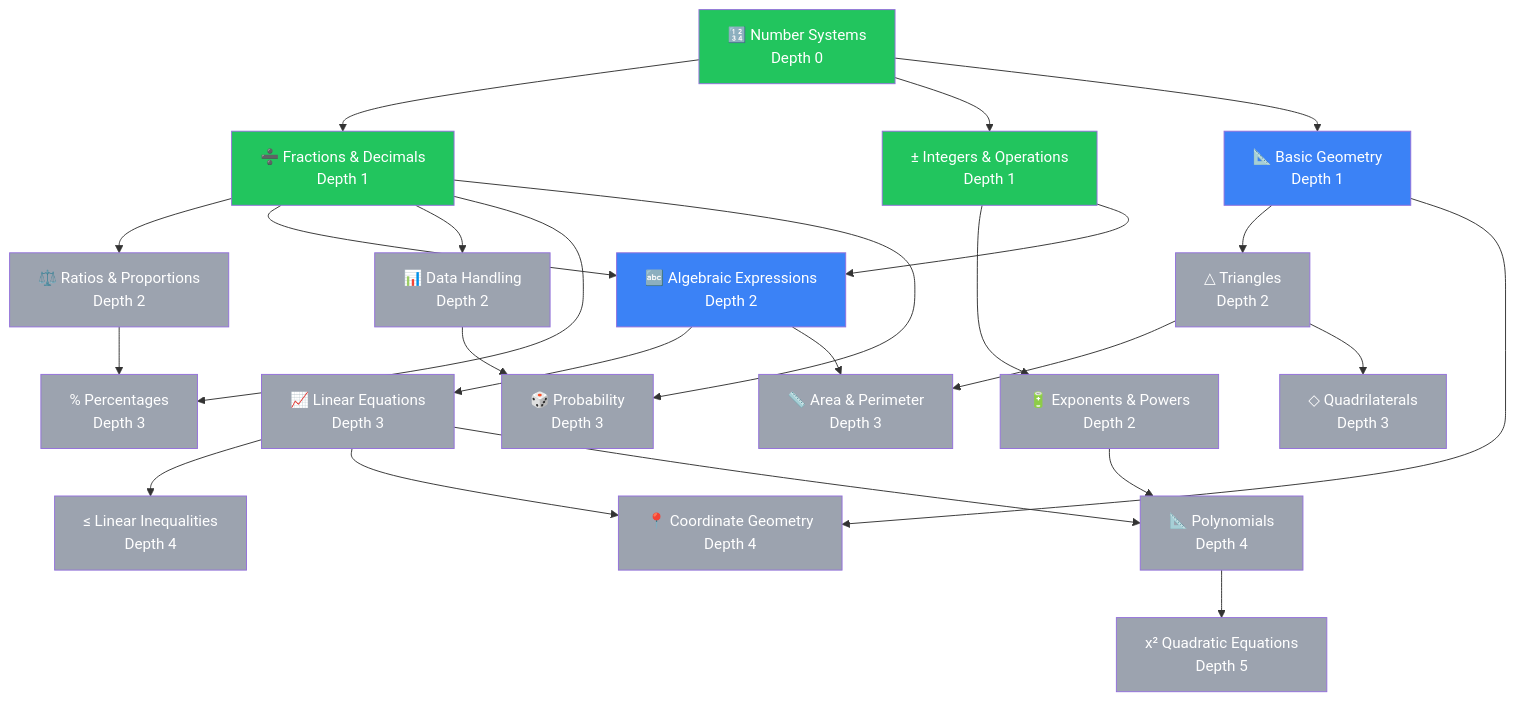
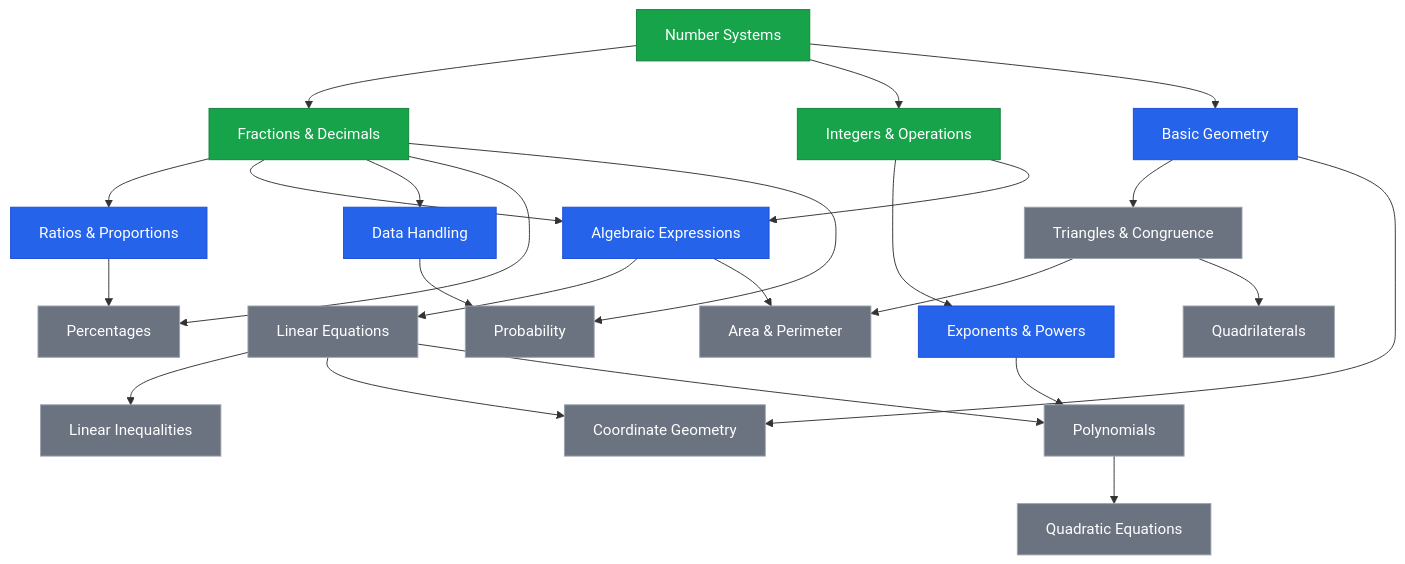
Before and after one commit to adarsh-67r/Anvesh: the third of 5 diagrams in docs/diagrams.md, drawn with Mermaid. The commit also changed 3 other files, not shown here.

Commit message:
Fix knowledge graph statuses and describe how the app uses prerequisites

````diff
--- a/docs/diagrams.md
+++ b/docs/diagrams.md
@@ -139,64 +139,33 @@
 ```mermaid
 flowchart TD
-    NUM["🔢 Number Systems<br/>Depth 0"]
-    FRAC["➗ Fractions & Decimals<br/>Depth 1"]
-    INT["± Integers & Operations<br/>Depth 1"]
-    GEO["📐 Basic Geometry<br/>Depth 1"]
-    EXP["🔋 Exponents & Powers<br/>Depth 2"]
-    RAT["⚖️ Ratios & Proportions<br/>Depth 2"]
-    ALG["🔤 Algebraic Expressions<br/>Depth 2"]
-    TRI["△ Triangles<br/>Depth 2"]
-    DATA["📊 Data Handling<br/>Depth 2"]
-    LEQ["📈 Linear Equations<br/>Depth 3"]
-    PCT["% Percentages<br/>Depth 3"]
-    AREA["📏 Area & Perimeter<br/>Depth 3"]
-    QUAD["◇ Quadrilaterals<br/>Depth 3"]
-    PROB["🎲 Probability<br/>Depth 3"]
-    LINEQ["≤ Linear Inequalities<br/>Depth 4"]
-    COORD["📍 Coordinate Geometry<br/>Depth 4"]
-    POLY["📐 Polynomials<br/>Depth 4"]
-    QEQN["x² Quadratic Equations<br/>Depth 5"]
+    NUM["Number Systems"] --> FRAC["Fractions & Decimals"]
+    NUM --> INT["Integers & Operations"]
+    NUM --> GEO["Basic Geometry"]
+    INT --> EXP["Exponents & Powers"]
+    FRAC --> RAT["Ratios & Proportions"]
+    INT --> ALG["Algebraic Expressions"]
+    FRAC --> ALG
+    GEO --> TRI["Triangles & Congruence"]
+    FRAC --> DATA["Data Handling"]
+    ALG --> LEQ["Linear Equations"]
+    RAT --> PCT["Percentages"]
+    FRAC --> PCT
+    TRI --> AREA["Area & Perimeter"]
+    ALG --> AREA
+    TRI --> QUAD["Quadrilaterals"]
+    DATA --> PROB["Probability"]
+    FRAC --> PROB
+    LEQ --> LINEQ["Linear Inequalities"]
+    LEQ --> COORD["Coordinate Geometry"]
+    GEO --> COORD
+    LEQ --> POLY["Polynomials"]
+    EXP --> POLY
+    POLY --> QEQN["Quadratic Equations"]
 
-    NUM --> FRAC
-    NUM --> INT
-    NUM --> GEO
-    INT --> EXP
-    FRAC --> RAT
-    INT --> ALG
-    FRAC --> ALG
-    GEO --> TRI
-    FRAC --> DATA
-    ALG --> LEQ
-    RAT --> PCT
-    FRAC --> PCT
-    TRI --> AREA
-    ALG --> AREA
-    TRI --> QUAD
-    DATA --> PROB
-    FRAC --> PROB
-    LEQ --> LINEQ
-    LEQ --> COORD
-    GEO --> COORD
-    LEQ --> POLY
-    EXP --> POLY
-    POLY --> QEQN
-
-    style NUM fill:#22c55e,color:#fff
-    style FRAC fill:#22c55e,color:#fff
-    style INT fill:#22c55e,color:#fff
-    style GEO fill:#3b82f6,color:#fff
-    style ALG fill:#3b82f6,color:#fff
-    style EXP fill:#9ca3af,color:#fff
-    style RAT fill:#9ca3af,color:#fff
-    style TRI fill:#9ca3af,color:#fff
-    style DATA fill:#9ca3af,color:#fff
-    style LEQ fill:#9ca3af,color:#fff
-    style PCT fill:#9ca3af,color:#fff
-    style AREA fill:#9ca3af,color:#fff
-    style QUAD fill:#9ca3af,color:#fff
-    style PROB fill:#9ca3af,color:#fff
-    style LINEQ fill:#9ca3af,color:#fff
-    style COORD fill:#9ca3af,color:#fff
-    style POLY fill:#9ca3af,color:#fff
-    style QEQN fill:#9ca3af,color:#fff
+    classDef mastered fill:#16a34a,stroke:#15803d,color:#fff
+    classDef available fill:#2563eb,stroke:#1d4ed8,color:#fff
+    classDef locked fill:#6b7280,stroke:#9ca3af,color:#fff
+    class NUM,FRAC,INT mastered
+    class GEO,EXP,RAT,ALG,DATA available
+    class TRI,LEQ,PCT,AREA,QUAD,PROB,LINEQ,COORD,POLY,QEQN locked
 ```
````
